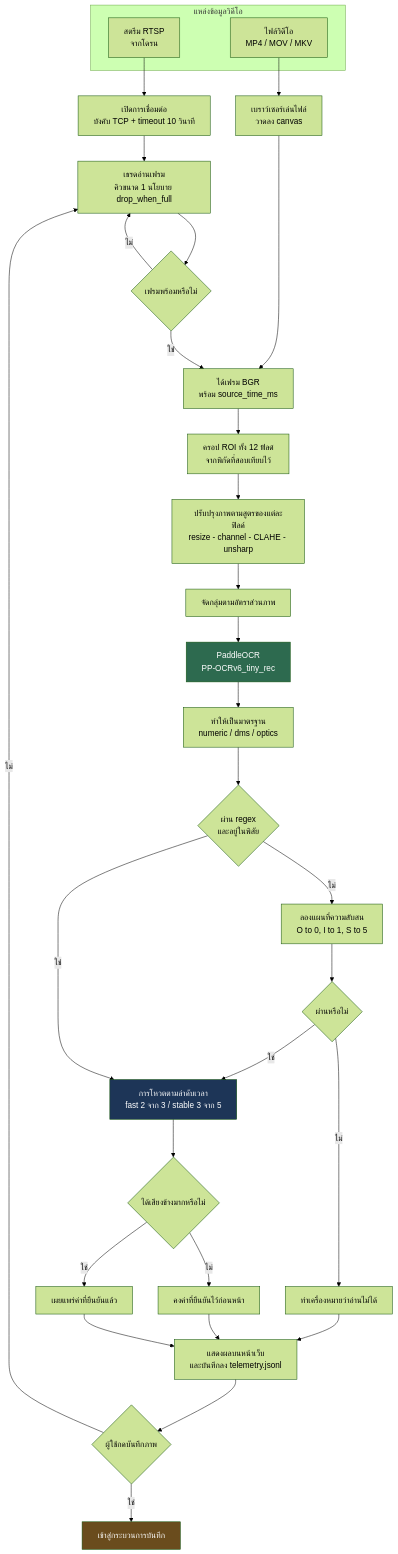
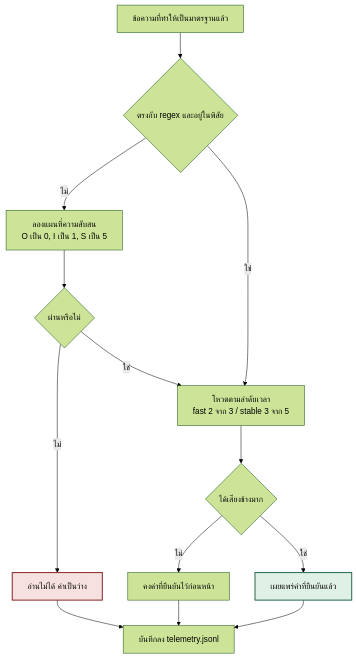
Before and after one commit to marburg4542/telemetry-vision: the third of 7 diagrams in docs/telemetry-ocr-technical-report.md, drawn with Mermaid (forest theme). The commit also changed other lines of this file and 1 other file, not shown here.

First line of the commit message:
Split the flowcharts so their labels survive a printed page

````diff
--- a/docs/telemetry-ocr-technical-report.md
+++ b/docs/telemetry-ocr-technical-report.md
@@ -590,45 +639,18 @@
 ```mermaid
 flowchart TD
-    subgraph SRC["แหล่งข้อมูลวิดีโอ"]
-        A1["สตรีม RTSP<br/>จากโดรน"]
-        A2["ไฟล์วิดีโอ<br/>MP4 / MOV / MKV"]
-    end
+    A["ข้อความที่ทำให้เป็นมาตรฐานแล้ว"] --> B{"ตรงกับ regex และอยู่ในพิสัย"}
+    B -- "ไม่" --> C["ลองแผนที่ความสับสน<br/>O เป็น 0, I เป็น 1, S เป็น 5"]
+    C --> D{"ผ่านหรือไม่"}
+    D -- "ไม่" --> E["อ่านไม่ได้ ค่าเป็นว่าง"]
+    D -- "ใช่" --> F
+    B -- "ใช่" --> F["โหวตตามลำดับเวลา<br/>fast 2 จาก 3 / stable 3 จาก 5"]
+    F --> G{"ได้เสียงข้างมาก"}
+    G -- "ไม่" --> H["คงค่าที่ยืนยันไว้ก่อนหน้า"]
+    G -- "ใช่" --> I["เผยแพร่ค่าที่ยืนยันแล้ว"]
+    E --> J["บันทึกลง telemetry.jsonl"]
+    H --> J
+    I --> J
 
-    A1 --> B["เปิดการเชื่อมต่อ<br/>บังคับ TCP + timeout 10 วินาที"]
-    A2 --> C["เบราว์เซอร์เล่นไฟล์<br/>วาดลง canvas"]
-
-    B --> D["เธรดอ่านเฟรม<br/>คิวขนาด 1 นโยบาย drop_when_full"]
-    D --> E{"เฟรมพร้อมหรือไม่"}
-    E -- "ไม่" --> D
-    E -- "ใช่" --> F["ได้เฟรม BGR<br/>พร้อม source_time_ms"]
-    C --> F
-
-    F --> G["ครอป ROI ทั้ง 12 ฟิลด์<br/>จากพิกัดที่สอบเทียบไว้"]
-    G --> H["ปรับปรุงภาพตามสูตรของแต่ละฟิลด์<br/>resize - channel - CLAHE - unsharp"]
-    H --> I["จัดกลุ่มตามอัตราส่วนภาพ"]
-    I --> J["PaddleOCR<br/>PP-OCRv6_tiny_rec"]
-
-    J --> K["ทำให้เป็นมาตรฐาน<br/>numeric / dms / optics"]
-    K --> L{"ผ่าน regex<br/>และอยู่ในพิสัย"}
-    L -- "ไม่" --> M["ลองแผนที่ความสับสน<br/>O to 0, I to 1, S to 5"]
-    M --> N{"ผ่านหรือไม่"}
-    N -- "ไม่" --> O["ทำเครื่องหมายว่าอ่านไม่ได้"]
-    N -- "ใช่" --> P
-    L -- "ใช่" --> P["การโหวตตามลำดับเวลา<br/>fast 2 จาก 3 / stable 3 จาก 5"]
-
-    P --> Q{"ได้เสียงข้างมากหรือไม่"}
-    Q -- "ไม่" --> R["คงค่าที่ยืนยันไว้ก่อนหน้า"]
-    Q -- "ใช่" --> S["เผยแพร่ค่าที่ยืนยันแล้ว"]
-
-    O --> T
-    R --> T
-    S --> T["แสดงผลบนหน้าเว็บ<br/>และบันทึกลง telemetry.jsonl"]
-
-    T --> U{"ผู้ใช้กดบันทึกภาพ"}
-    U -- "ไม่" --> D
-    U -- "ใช่" --> V["เข้าสู่กระบวนการบันทึก"]
-
-    style J fill:#2d6a4f,color:#ffffff
-    style P fill:#1d3557,color:#ffffff
-    style V fill:#6a4c1d,color:#ffffff
+    style E fill:#f7e0e0,stroke:#8a2a2a,stroke-width:2px
+    style I fill:#dff0e4,stroke:#2d6a4f,stroke-width:2px
 ```
````
